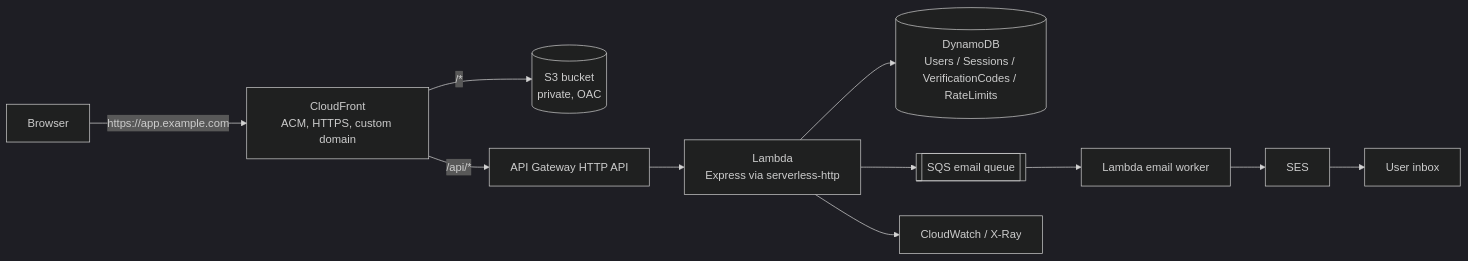
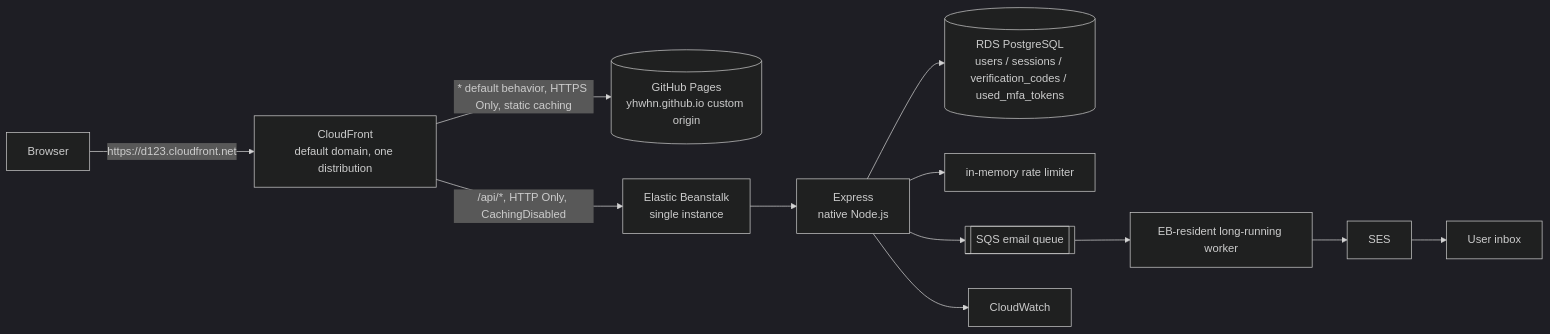
Before and after one commit to yhwhn/Veriflow: the diagram in docs/design.md, drawn with Mermaid (dark theme). The commit also changed other lines of this file and 7 other files, not shown here.

````diff
--- a/docs/design.md
+++ b/docs/design.md
@@ -350,13 +284,14 @@
 ```mermaid
 flowchart LR
-    B[Browser] -->|"https://app.example.com"| CF["CloudFront<br/>ACM, HTTPS, custom domain"]
-    CF -->|"/*"| S3[("S3 bucket<br/>private, OAC")]
-    CF -->|"/api/*"| APIGW[API Gateway HTTP API]
-    APIGW --> L["Lambda<br/>Express via serverless-http"]
-    L --> DDB[("DynamoDB<br/>Users / Sessions / VerificationCodes / RateLimits")]
-    L --> SQSN[["SQS email queue"]]
-    SQSN --> W[Lambda email worker]
+    B[Browser] -->|"https://d123.cloudfront.net"| CF["CloudFront<br/>default domain, one distribution"]
+    CF -->|"* default behavior, HTTPS Only, static caching"| GH[("GitHub Pages<br/>yhwhn.github.io custom origin")]
+    CF -->|"/api/*, HTTP Only, CachingDisabled"| EB["Elastic Beanstalk<br/>single instance"]
+    EB --> EX["Express<br/>native Node.js"]
+    EX --> RDS[("RDS PostgreSQL<br/>users / sessions / verification_codes / used_mfa_tokens")]
+    EX --> RL["in-memory rate limiter"]
+    EX --> SQSN[["SQS email queue"]]
+    SQSN --> W["EB-resident long-running worker"]
     W --> SES[SES]
     SES --> M[User inbox]
-    L --> CW[CloudWatch / X-Ray]
+    EX --> CW[CloudWatch]
 ```
````
